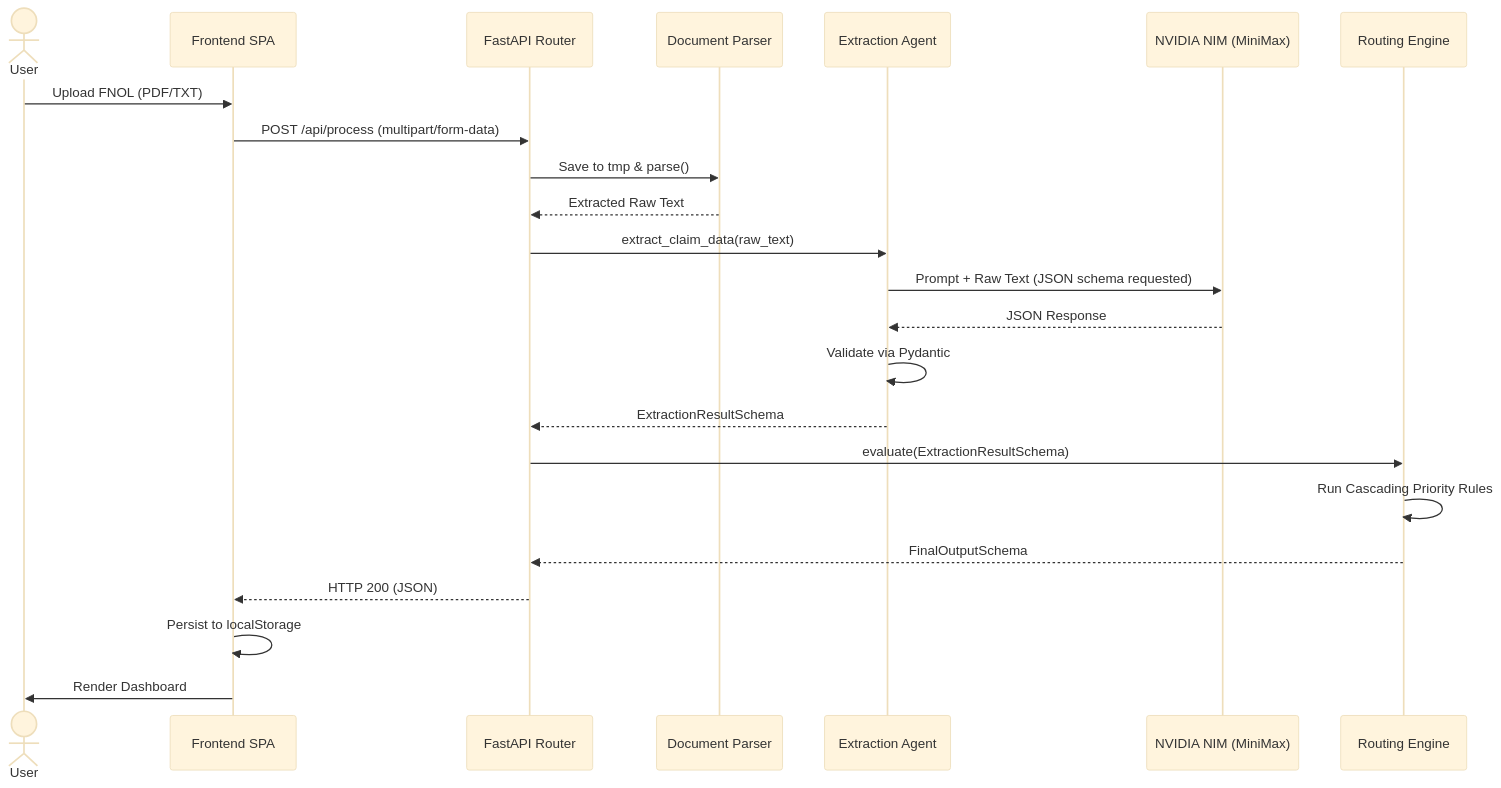
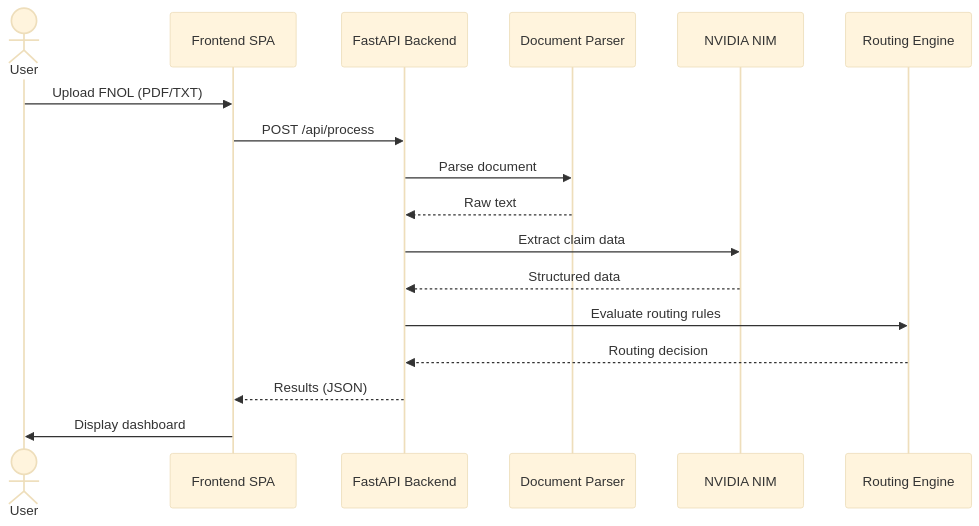
The diagram in README.md (omnarayan814/NexusClaim), drawn with Mermaid (base theme) before and after one commit. The commit also changed other lines of this file, not shown here.

Commit message:
Simplify README: keep one flow diagram, remove deployment, add setup instructions

````diff
--- a/README.md
+++ b/README.md
@@ -119,30 +45,20 @@
 ```mermaid
 sequenceDiagram
     actor User
-    participant App as Frontend SPA
-    participant API as FastAPI Router
+    participant Frontend as Frontend SPA
+    participant API as FastAPI Backend
     participant Parser as Document Parser
-    participant Agent as Extraction Agent
-    participant LLM as NVIDIA NIM (MiniMax)
-    participant Engine as Routing Engine
+    participant LLM as NVIDIA NIM
+    participant Router as Routing Engine
     
-    User->>App: Upload FNOL (PDF/TXT)
-    App->>API: POST /api/process (multipart/form-data)
-    
-    API->>Parser: Save to tmp & parse()
-    Parser-->>API: Extracted Raw Text
-    
-    API->>Agent: extract_claim_data(raw_text)
-    Agent->>LLM: Prompt + Raw Text (JSON schema requested)
-    LLM-->>Agent: JSON Response
-    Agent->>Agent: Validate via Pydantic
-    Agent-->>API: ExtractionResultSchema
-    
-    API->>Engine: evaluate(ExtractionResultSchema)
-    Engine->>Engine: Run Cascading Priority Rules
-    Engine-->>API: FinalOutputSchema
-    
-    API-->>App: HTTP 200 (JSON)
-    App->>App: Persist to localStorage
-    App->>User: Render Dashboard
+    User->>Frontend: Upload FNOL (PDF/TXT)
+    Frontend->>API: POST /api/process
+    API->>Parser: Parse document
+    Parser-->>API: Raw text
+    API->>LLM: Extract claim data
+    LLM-->>API: Structured data
+    API->>Router: Evaluate routing rules
+    Router-->>API: Routing decision
+    API-->>Frontend: Results (JSON)
+    Frontend->>User: Display dashboard
 ```
````
